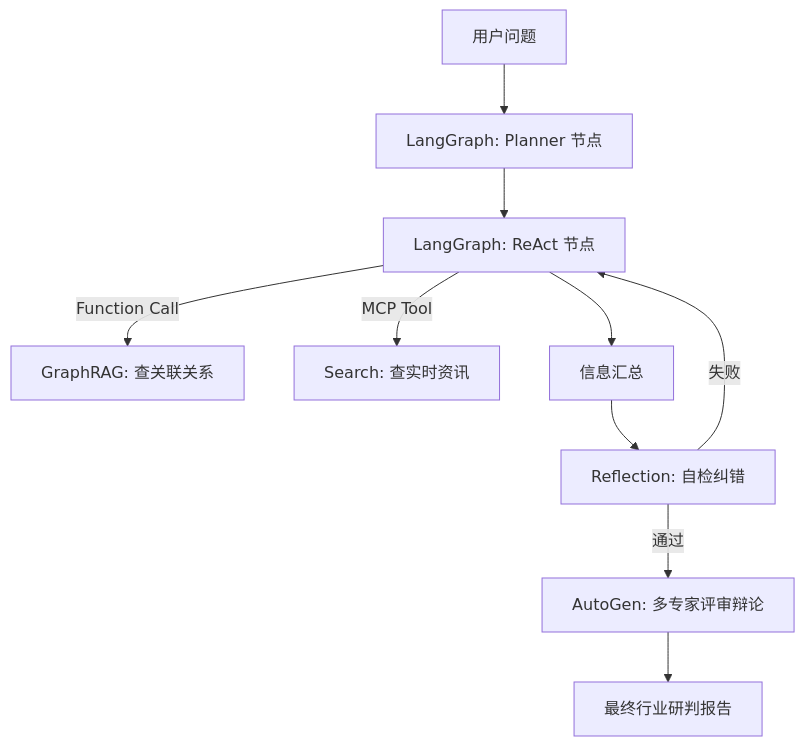
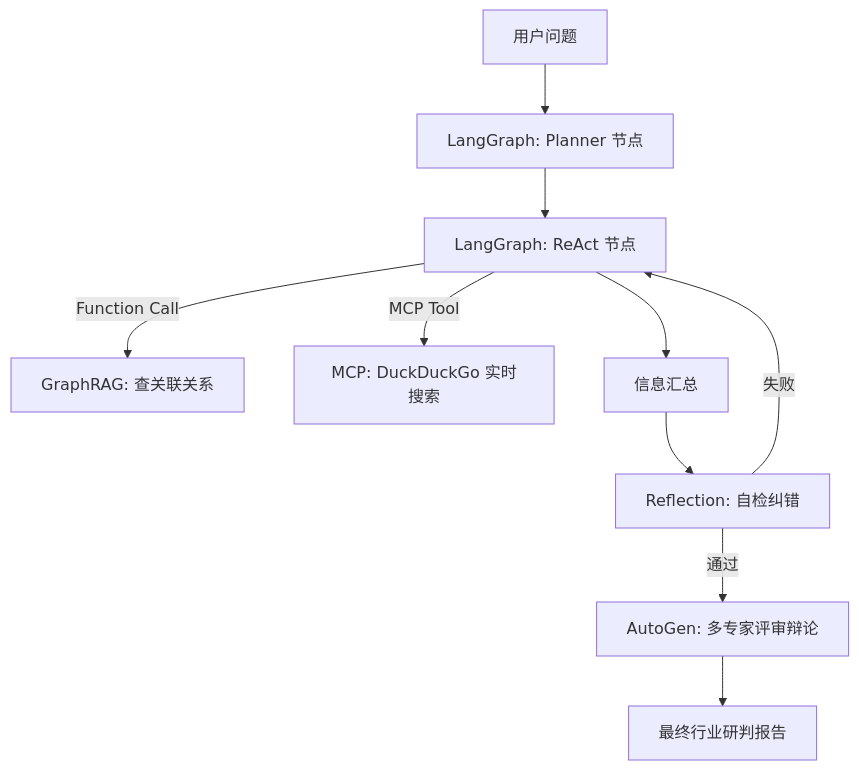
Before and after one commit to Syswea/Semi-Insight-Agent: the diagram in README.md, drawn with Mermaid. The commit also changed other lines of this file and 23 other files, not shown here.

Commit message:
reflection, web search, MCP server, AutoGen

````diff
--- a/README.md
+++ b/README.md
@@ -56,12 +61,12 @@
 ```mermaid
 graph TD
     UserQuery[用户问题] --> Planner[LangGraph: Planner 节点]
     Planner --> Exec[LangGraph: ReAct 节点]
     Exec --> |Function Call| GRAG[GraphRAG: 查关联关系]
-    Exec --> |MCP Tool| WebSearch[Search: 查实时资讯]
+    Exec --> |MCP Tool| WebSearch[MCP: DuckDuckGo 实时搜索]
     Exec --> Collector[信息汇总]
     Collector --> Reflector[Reflection: 自检纠错]
     Reflector -- 失败 --> Exec
     Reflector -- 通过 --> AutoGen[AutoGen: 多专家评审辩论]
     AutoGen --> FinalReport[最终行业研判报告]
 ```
````
